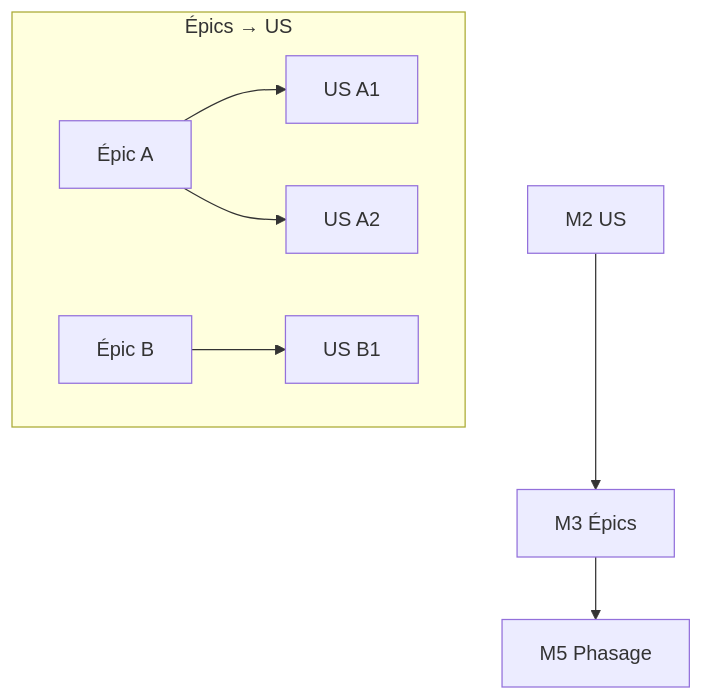
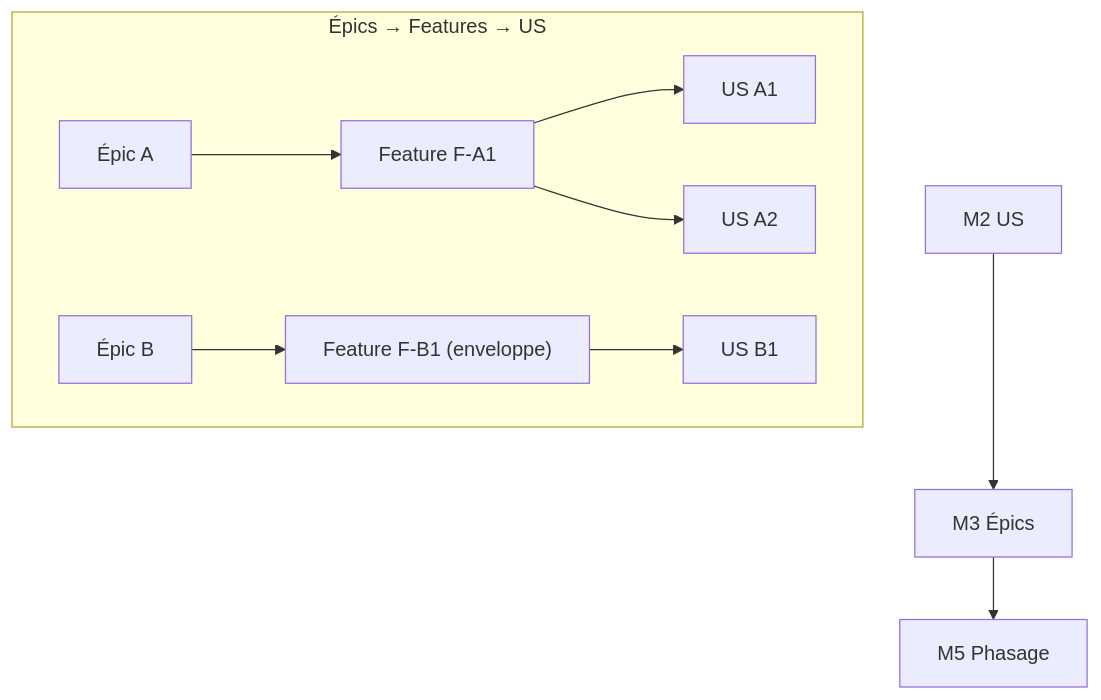
One commit to jmlmvi/methode-lmvi changed the diagram in conception/TEMPLATE-M3-epics.md. Above: the diagram before and after it, drawn with Mermaid. The commit also changed other lines of this file and 30 other files, not shown here.

First line of the commit message:
feat: kit 1.7.1 + 1.8.0 — correctifs de cohérence, puis niveau Feature (Épic → Feature → US obligatoire)

````diff
--- a/conception/TEMPLATE-M3-epics.md
+++ b/conception/TEMPLATE-M3-epics.md
@@ -19,10 +23,12 @@
 ```mermaid
 flowchart TB
   M2["M2 US"] --> M3["M3 Épics"]
   M3 --> M5["M5 Phasage"]
-  subgraph E["Épics → US"]
-    EA["Épic A"] --> A1["US A1"]
-    EA --> A2["US A2"]
-    EB["Épic B"] --> B1["US B1"]
+  subgraph E["Épics → Features → US"]
+    EA["Épic A"] --> FA1["Feature F-A1"]
+    FA1 --> A1["US A1"]
+    FA1 --> A2["US A2"]
+    EB["Épic B"] --> FB1["Feature F-B1 (enveloppe)"]
+    FB1 --> B1["US B1"]
   end
 ```
````
